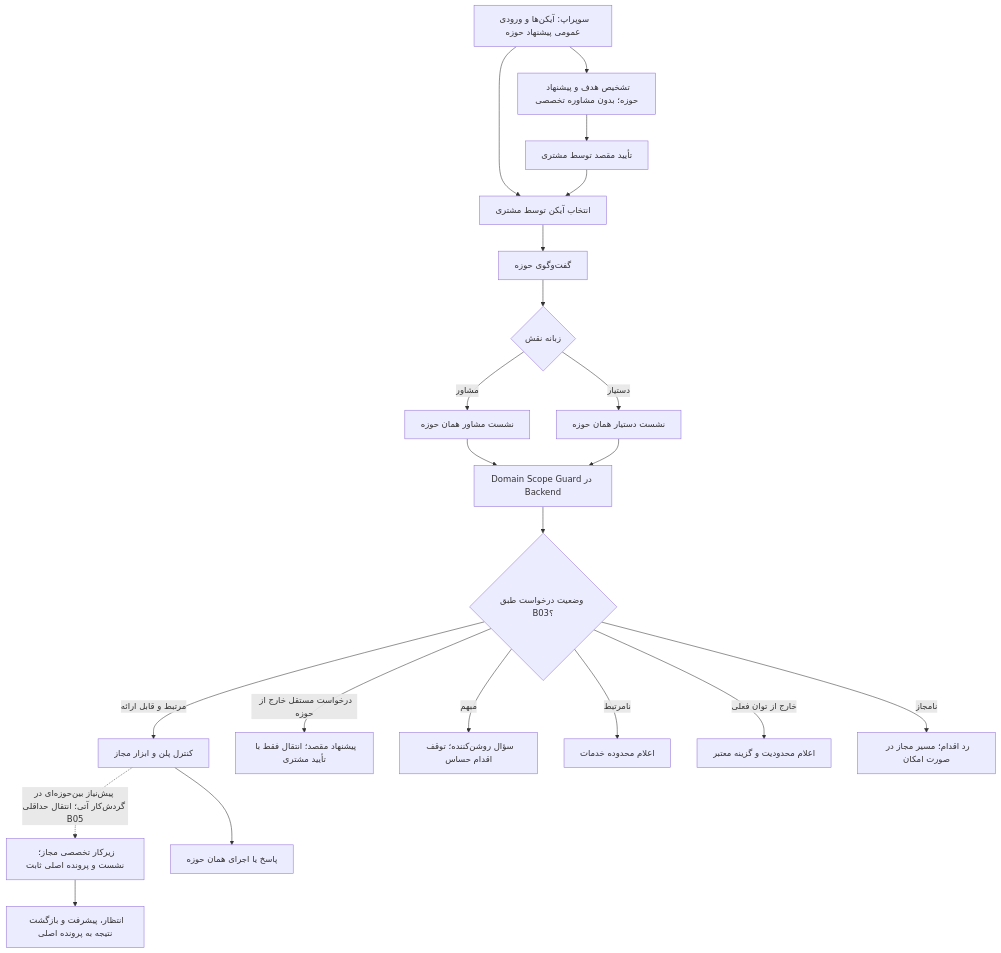
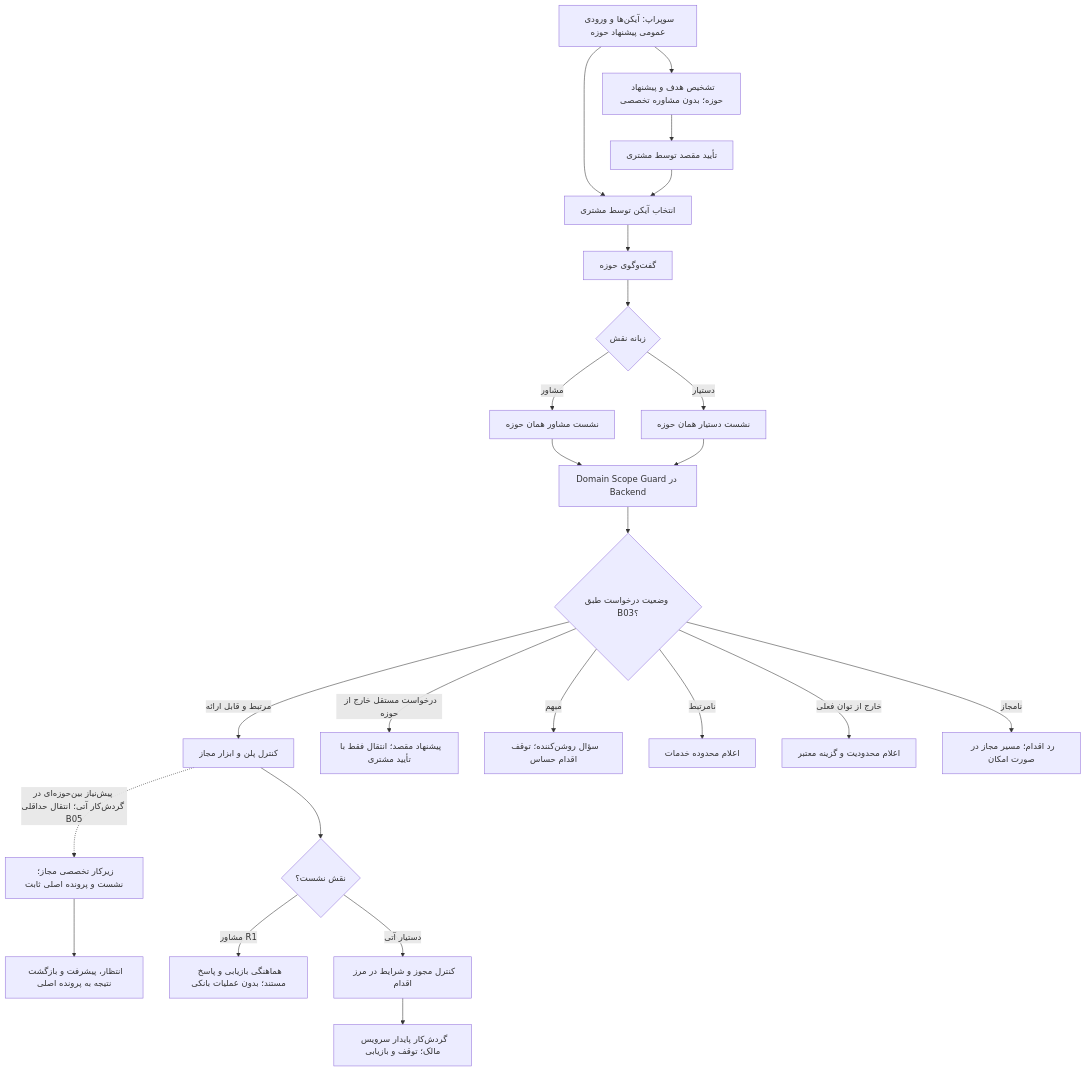
Before and after one commit to Brotherlouiee/shahab-demo: diagram 14 of 26 in docs/SHAHAB_PHASE_2_DEVELOPMENT_BLUEPRINT.md, drawn with Mermaid. The commit also changed other lines of this file, not shown here.

````diff
--- a/docs/SHAHAB_PHASE_2_DEVELOPMENT_BLUEPRINT.md
+++ b/docs/SHAHAB_PHASE_2_DEVELOPMENT_BLUEPRINT.md
@@ -1404,21 +1406,24 @@
 ```mermaid
 flowchart TD
     HOME["سوپراپ: آیکن‌ها و ورودی عمومی پیشنهاد حوزه"] --> DOMAIN["انتخاب آیکن توسط مشتری"]
     HOME --> SUG["تشخیص هدف و پیشنهاد حوزه؛ بدون مشاوره تخصصی"]
     SUG --> CONF["تأیید مقصد توسط مشتری"] --> DOMAIN
     DOMAIN --> CHAT["گفت‌وگوی حوزه"] --> MODE{"زبانه نقش"}
     MODE -->|مشاور| A["نشست مشاور همان حوزه"]
     MODE -->|دستیار| B["نشست دستیار همان حوزه"]
     A --> GUARD["Domain Scope Guard در Backend"]
     B --> GUARD
     GUARD --> CHECK{"وضعیت درخواست طبق B03؟"}
     CHECK -->|مرتبط و قابل ارائه| ENT["کنترل پلن و ابزار مجاز"]
     ENT -. "پیش‌نیاز بین‌حوزه‌ای در گردش‌کار آتی؛ انتقال حداقلی B05" .-> SUB["زیرکار تخصصی مجاز؛ نشست و پرونده اصلی ثابت"]
     SUB --> WAIT["انتظار، پیشرفت و بازگشت نتیجه به پرونده اصلی"]
     CHECK -->|درخواست مستقل خارج از حوزه| REF["پیشنهاد مقصد؛ انتقال فقط با تأیید مشتری"]
     CHECK -->|مبهم| CLAR["سؤال روشن‌کننده؛ توقف اقدام حساس"]
     CHECK -->|نامرتبط| UNREL["اعلام محدوده خدمات"]
     CHECK -->|خارج از توان فعلی| UNAV["اعلام محدودیت و گزینه معتبر"]
     CHECK -->|نامجاز| DENY["رد اقدام؛ مسیر مجاز در صورت امکان"]
-    ENT --> EXEC["پاسخ یا اجرای همان حوزه"]
+    ENT --> PATH{"نقش نشست؟"}
+    PATH -->|مشاور R1| ADVP["هماهنگی بازیابی و پاسخ مستند؛ بدون عملیات بانکی"]
+    PATH -->|دستیار آتی| AG["کنترل مجوز و شرایط در مرز اقدام"]
+    AG --> WF["گردش‌کار پایدار سرویس مالک؛ توقف و بازیابی"]
 ```
````
